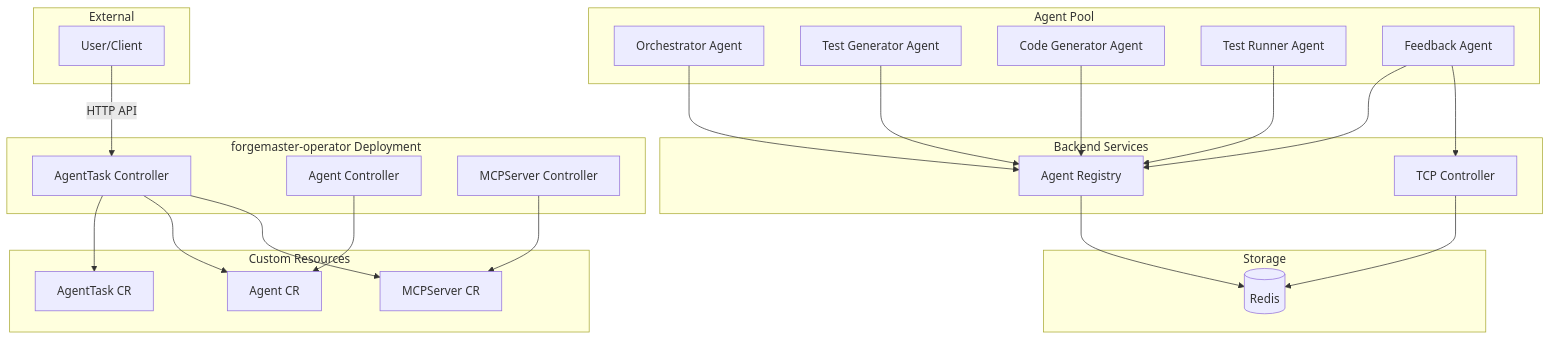
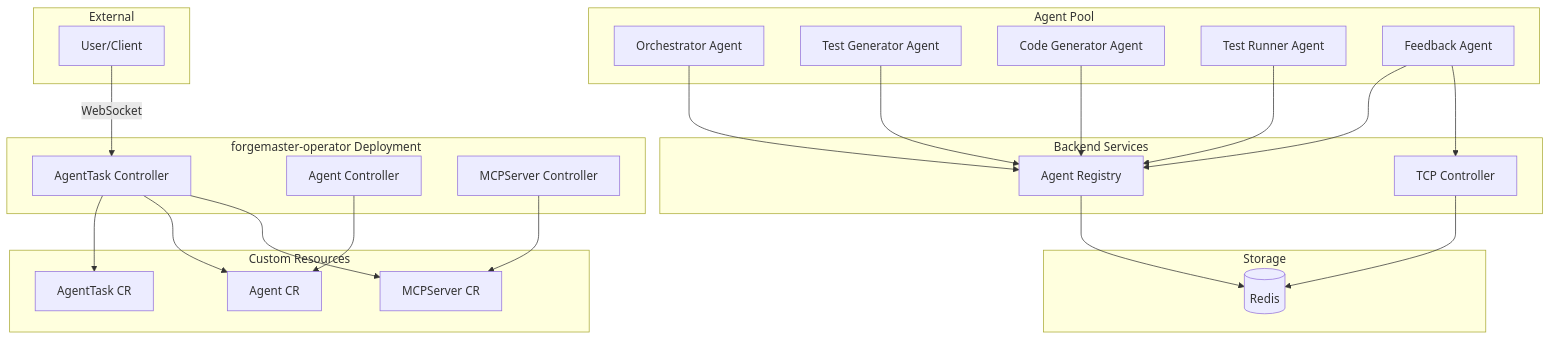
Before and after one commit to dshcherbatiuk/forgemaster: the first of 2 diagrams in docs/arch/02-components.md, drawn with Mermaid. The commit also changed 4 other files, not shown here.

First line of the commit message:
docs: Replace legacy POST /tasks with WebSocket in architecture docs

````diff
--- a/docs/arch/02-components.md
+++ b/docs/arch/02-components.md
@@ -51,47 +51,47 @@
 ```mermaid
 flowchart TB
     subgraph External["External"]
         USER[User/Client]
     end
 
     subgraph Operator["forgemaster-operator Deployment"]
         ATC[AgentTask Controller]
         AC[Agent Controller]
         MC[MCPServer Controller]
     end
 
     subgraph Services["Backend Services"]
         TCP[TCP Controller]
         REG[Agent Registry]
     end
 
     subgraph Agents["Agent Pool"]
         OA[Orchestrator Agent]
         TGA[Test Generator Agent]
         CGA[Code Generator Agent]
         TRA[Test Runner Agent]
         FBA[Feedback Agent]
     end
 
     subgraph Storage["Storage"]
         REDIS[(Redis)]
     end
 
     subgraph CRDs["Custom Resources"]
         AT[AgentTask CR]
         AGT[Agent CR]
         MCP[MCPServer CR]
     end
 
-    USER -->|HTTP API| ATC
+    USER -->|WebSocket| ATC
     ATC --> AT
     ATC --> AGT
     ATC --> MCP
     AC --> AGT
     MC --> MCP
 
     TCP --> REDIS
     REG --> REDIS
     OA & TGA & CGA & TRA & FBA --> REG
     FBA --> TCP
 ```
````
